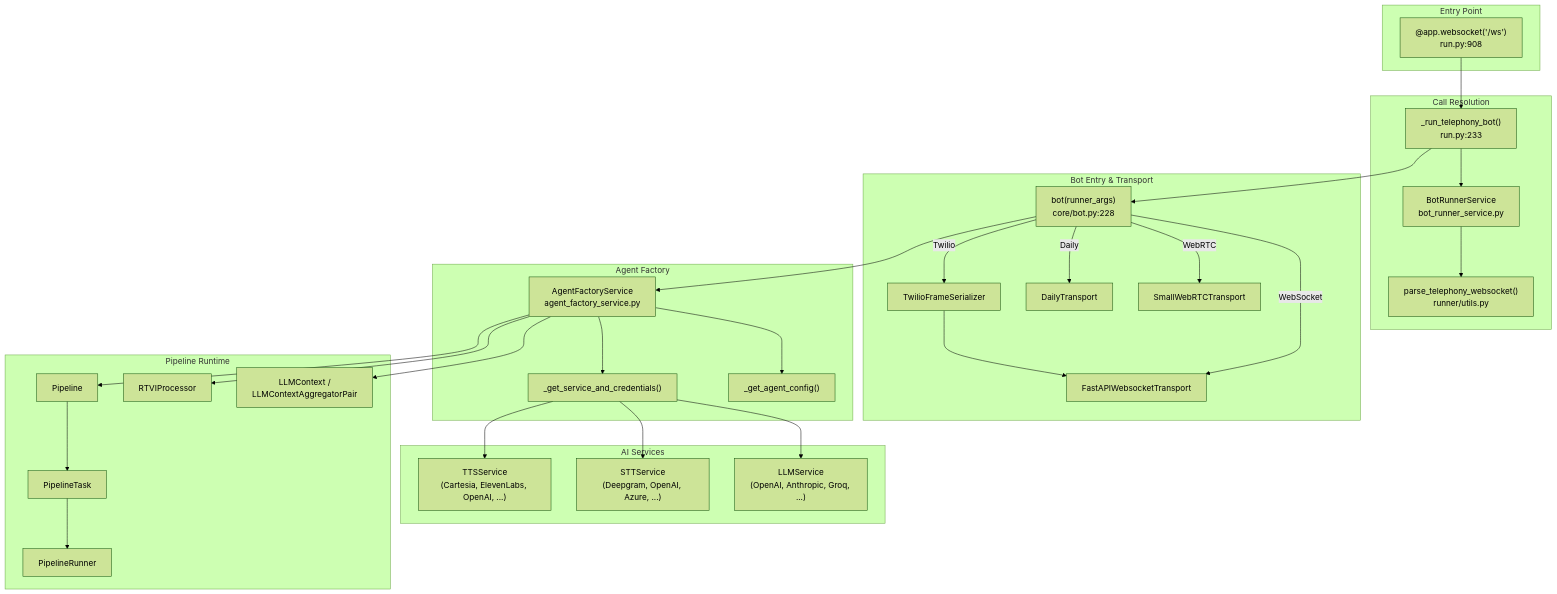
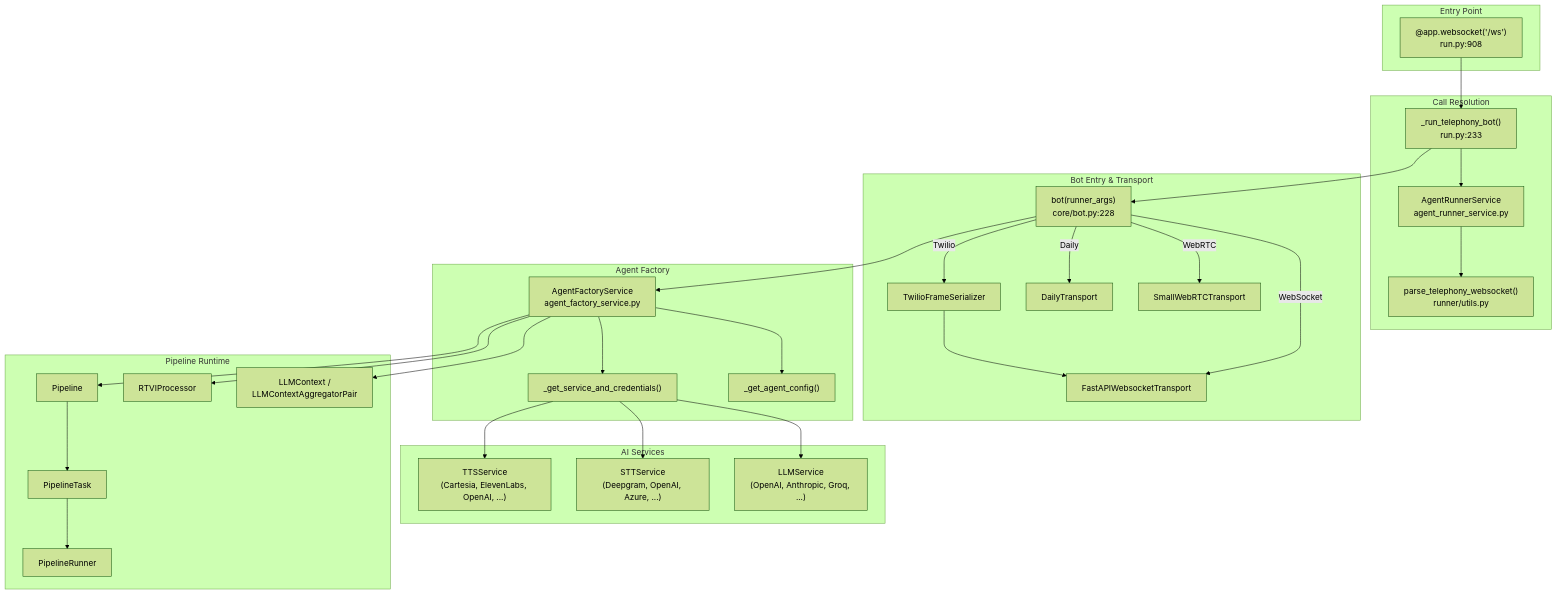
The first of 5 diagrams in docs/PIPELINE_ARCHITECTURE.md (tonehq/tone), drawn with Mermaid (forest theme) before and after one commit. The commit also changed other lines of this file and 28 other files, not shown here.

First line of the commit message:
Split monolithic AgentFactoryService into layered pipeline package

````diff
--- a/docs/PIPELINE_ARCHITECTURE.md
+++ b/docs/PIPELINE_ARCHITECTURE.md
@@ -65,61 +65,61 @@
 ```mermaid
 graph TB
     subgraph "Entry Point"
         WS["@app.websocket('/ws')<br/>run.py:908"]
     end
 
     subgraph "Call Resolution"
         RTB["_run_telephony_bot()<br/>run.py:233"]
-        BRS["BotRunnerService<br/>bot_runner_service.py"]
+        BRS["AgentRunnerService<br/>agent_runner_service.py"]
         PTW["parse_telephony_websocket()<br/>runner/utils.py"]
     end
 
     subgraph "Bot Entry & Transport"
         BOT["bot(runner_args)<br/>core/bot.py:228"]
         FAWT["FastAPIWebsocketTransport"]
         SWRT["SmallWebRTCTransport"]
         DT["DailyTransport"]
         SER["TwilioFrameSerializer"]
     end
 
     subgraph "Agent Factory"
         AFS["AgentFactoryService<br/>agent_factory_service.py"]
         GAC["_get_agent_config()"]
         GSC["_get_service_and_credentials()"]
     end
 
     subgraph "AI Services"
         LLM["LLMService<br/>(OpenAI, Anthropic, Groq, ...)"]
         STT["STTService<br/>(Deepgram, OpenAI, Azure, ...)"]
         TTS["TTSService<br/>(Cartesia, ElevenLabs, OpenAI, ...)"]
     end
 
     subgraph "Pipeline Runtime"
         PIPE["Pipeline"]
         TASK["PipelineTask"]
         RUNNER["PipelineRunner"]
         CTX["LLMContext /<br/>LLMContextAggregatorPair"]
         RTVI["RTVIProcessor"]
     end
 
     WS --> RTB
     RTB --> BRS
     BRS --> PTW
     RTB --> BOT
     BOT -->|WebSocket| FAWT
     BOT -->|WebRTC| SWRT
     BOT -->|Daily| DT
     BOT -->|Twilio| SER
     SER --> FAWT
     BOT --> AFS
     AFS --> GAC
     AFS --> GSC
     GSC --> LLM
     GSC --> STT
     GSC --> TTS
     AFS --> CTX
     AFS --> RTVI
     AFS --> PIPE
     PIPE --> TASK
     TASK --> RUNNER
 ```
````
